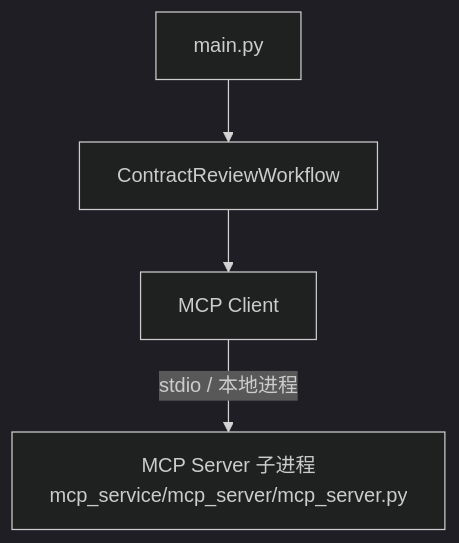
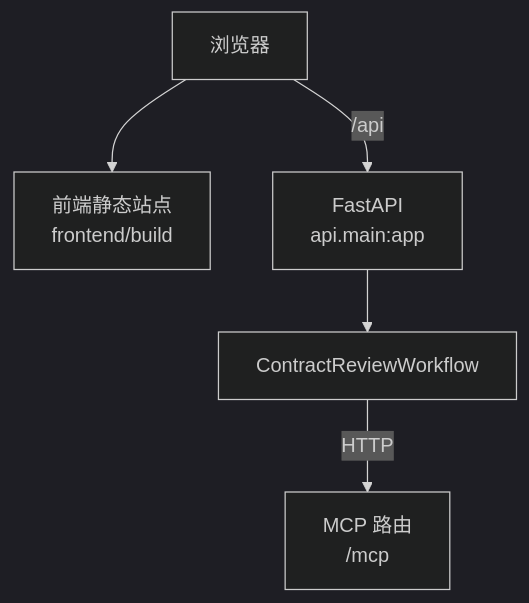
Before and after one commit to HoeTee/contract_agent: the second of 6 diagrams in project_intro/ARCHITECTURE.md, drawn with Mermaid (dark theme). The commit also changed other lines of this file and 106 other files, not shown here.

````diff
--- a/project_intro/ARCHITECTURE.md
+++ b/project_intro/ARCHITECTURE.md
@@ -45,11 +43,13 @@
 ```mermaid
 flowchart TB
-    Main[main.py]
+    Browser[浏览器]
+    Frontend[前端静态站点<br/>frontend/build]
+    Backend[FastAPI<br/>api.main:app]
+    MCPRoute[MCP 路由<br/>/mcp]
     Workflow[ContractReviewWorkflow]
-    Client[MCP Client]
-    Server[MCP Server 子进程<br/>mcp_service/mcp_server/mcp_server.py]
 
-    Main --> Workflow
-    Workflow --> Client
-    Client -->|stdio / 本地进程| Server
+    Browser --> Frontend
+    Browser -->|/api| Backend
+    Backend --> Workflow
+    Workflow -->|HTTP| MCPRoute
 ```
````
